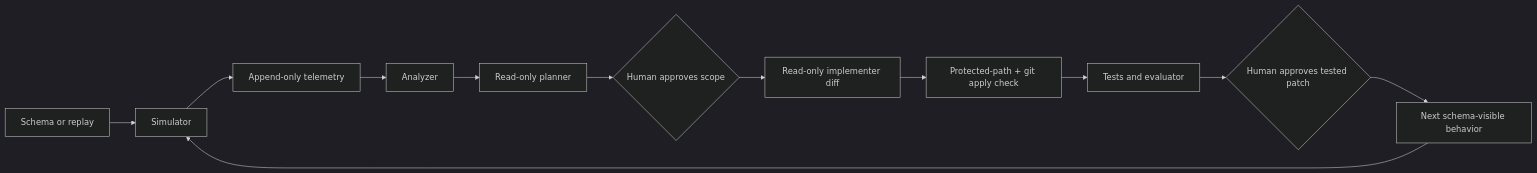
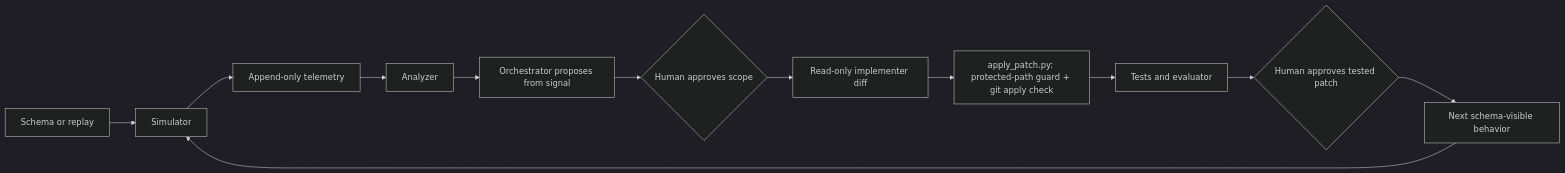
The diagram in docs/DELIVERY_SYSTEM.md (rsitaniya/dev-flywheel), drawn with Mermaid (dark theme) before and after one commit. The commit also changed other lines of this file and 38 other files, not shown here.

````diff
--- a/docs/DELIVERY_SYSTEM.md
+++ b/docs/DELIVERY_SYSTEM.md
@@ -18,14 +18,14 @@
 ```mermaid
 flowchart LR
     S[Schema or replay] --> T[Simulator]
     T --> L[Append-only telemetry]
     L --> A[Analyzer]
-    A --> P[Read-only planner]
+    A --> P[Orchestrator proposes from signal]
     P --> G1{Human approves scope}
     G1 --> I[Read-only implementer diff]
-    I --> C[Protected-path + git apply check]
+    I --> C[apply_patch.py: protected-path guard + git apply check]
     C --> V[Tests and evaluator]
     V --> G2{Human approves tested patch}
     G2 --> N[Next schema-visible behavior]
     N --> T
 ```
````
